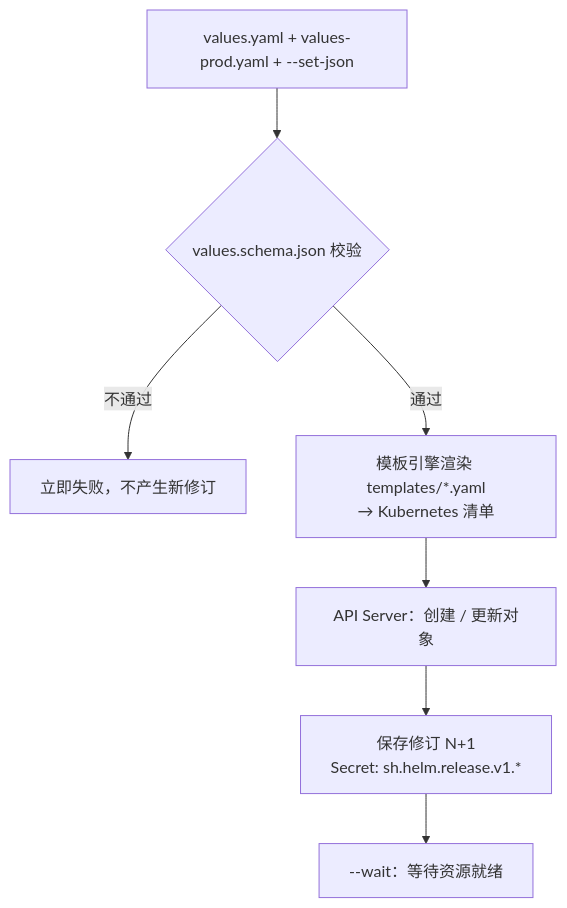
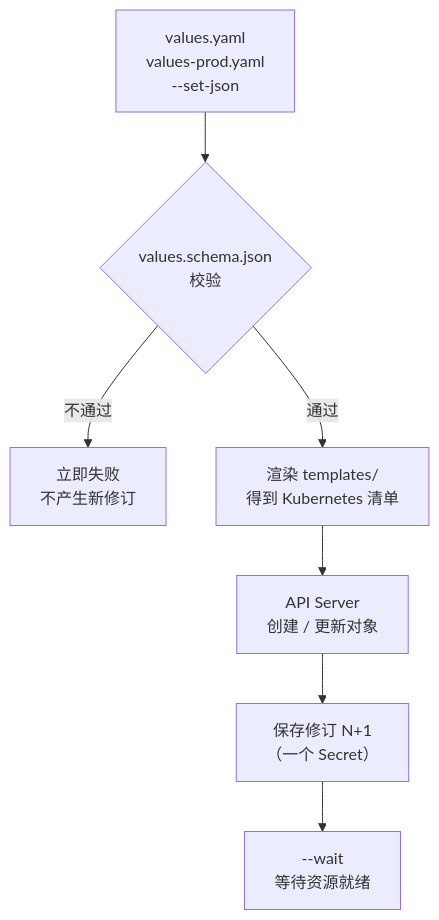
One commit to miku-wwl/devops-delivery changed the second of 3 diagrams in manual/chapters/05-p3-helm.md. Above: the diagram before and after it, drawn with Mermaid. The commit also changed other lines of this file and 28 other files, not shown here.

````diff
--- a/manual/chapters/05-p3-helm.md
+++ b/manual/chapters/05-p3-helm.md
@@ -72,9 +72,9 @@
 ```{.mermaid caption="helm upgrade 的工作流程"}
 flowchart TB
-  V["values.yaml + values-prod.yaml + --set-json"] --> S{"values.schema.json 校验"}
-  S -- 不通过 --> X["立即失败，不产生新修订"]
-  S -- 通过 --> T["模板引擎渲染 templates/*.yaml<br/>→ Kubernetes 清单"]
-  T --> API["API Server：创建 / 更新对象"]
-  API --> R["保存修订 N+1<br/>Secret: sh.helm.release.v1.*"]
-  R --> W["--wait：等待资源就绪"]
+  V["values.yaml<br/>values-prod.yaml<br/>--set-json"] --> S{"values.schema.json<br/>校验"}
+  S -- 不通过 --> X["立即失败<br/>不产生新修订"]
+  S -- 通过 --> T["渲染 templates/<br/>得到 Kubernetes 清单"]
+  T --> API["API Server<br/>创建 / 更新对象"]
+  API --> R["保存修订 N+1<br/>（一个 Secret）"]
+  R --> W["--wait<br/>等待资源就绪"]
 ```
````
